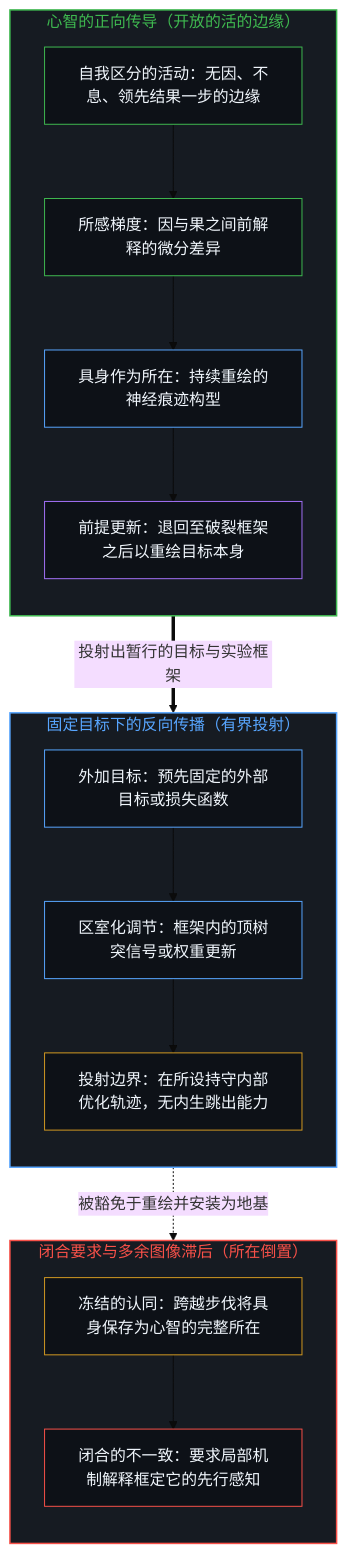
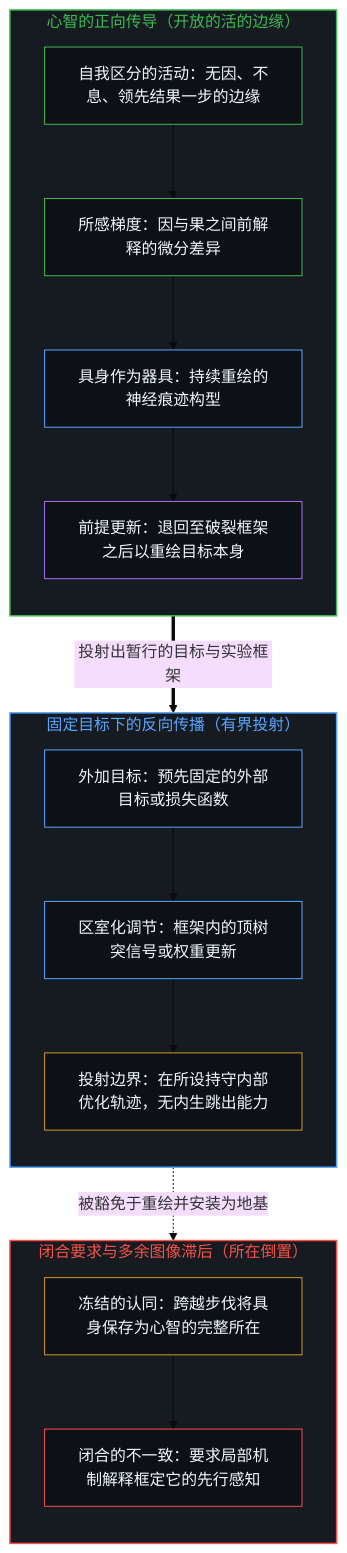
The first of 2 diagrams in content/posts/the-brain-does-not-backprop.md (powerpig99/not-a-toe), drawn with Mermaid (base theme) before and after one commit. The commit also changed other lines of this file and 5 other files, not shown here.

````diff
--- a/content/posts/the-brain-does-not-backprop.md
+++ b/content/posts/the-brain-does-not-backprop.md
@@ -37,42 +37,38 @@
 ```mermaid
 flowchart TD
     subgraph S_Mind["心智的正向传导（开放的活的边缘）"]
         direction TB
         M_Edge["自我区分的活动：无因、不息、领先结果一步的边缘"]
         M_Grad["所感梯度：因与果之间前解释的微分差异"]
-        M_Body["具身作为所在：持续重绘的神经痕迹构型"]
+        M_Body["具身作为器具：持续重绘的神经痕迹构型"]
         M_ReRender["前提更新：退回至破裂框架之后以重绘目标本身"]
         M_Edge --> M_Grad --> M_Body --> M_ReRender
     end
-
     subgraph S_Proj["固定目标下的反向传播（有界投射）"]
         direction TB
         P_Hold["外加目标：预先固定的外部目标或损失函数"]
         P_Pass["区室化调节：框架内的顶树突信号或权重更新"]
         P_Limit["投射边界：在所设持守内部优化轨迹，无内生跳出能力"]
         P_Hold --> P_Pass --> P_Limit
     end
-
     subgraph S_Lag["闭合要求与多余图像滞后（所在倒置）"]
         direction TB
         L_Freeze["冻结的认同：跨越步伐将具身保存为心智的完整所在"]
         L_Incons["闭合的不一致：要求局部机制解释框定它的先行感知"]
         L_Freeze --> L_Incons
     end
-
     M_ReRender ==>|"投射出暂行的目标与实验框架"| P_Hold
     P_Limit -.->|"被豁免于重绘并安装为地基"| L_Freeze
-
     style S_Mind fill:#161b22,stroke:#3fb950,stroke-width:1.5px,color:#3fb950
     style S_Proj fill:#161b22,stroke:#58a6ff,stroke-width:1.5px,color:#58a6ff
     style S_Lag fill:#161b22,stroke:#f85149,stroke-width:1.5px,color:#f85149
     style M_Edge fill:#0d1117,stroke:#3fb950,stroke-width:1px,color:#f0f6fc
     style M_Grad fill:#0d1117,stroke:#3fb950,stroke-width:1px,color:#f0f6fc
     style M_Body fill:#0d1117,stroke:#58a6ff,stroke-width:1px,color:#f0f6fc
     style M_ReRender fill:#0d1117,stroke:#a371f7,stroke-width:1px,color:#f0f6fc
     style P_Hold fill:#0d1117,stroke:#58a6ff,stroke-width:1px,color:#f0f6fc
     style P_Pass fill:#0d1117,stroke:#58a6ff,stroke-width:1px,color:#f0f6fc
     style P_Limit fill:#0d1117,stroke:#d29922,stroke-width:1px,color:#f0f6fc
     style L_Freeze fill:#0d1117,stroke:#d29922,stroke-width:1px,color:#f0f6fc
     style L_Incons fill:#0d1117,stroke:#f85149,stroke-width:1px,color:#f0f6fc
 ```
````
